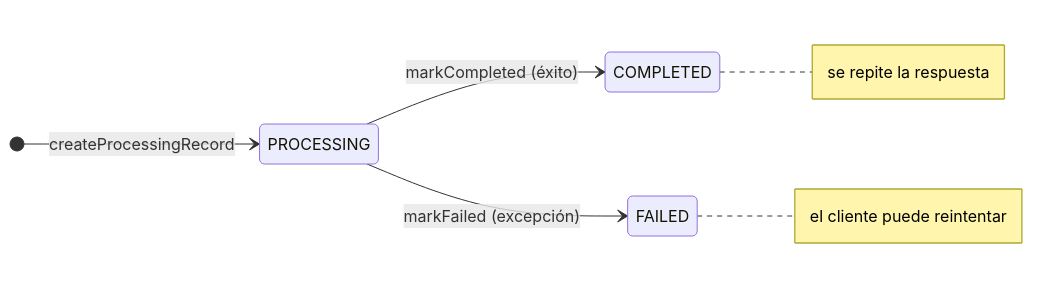
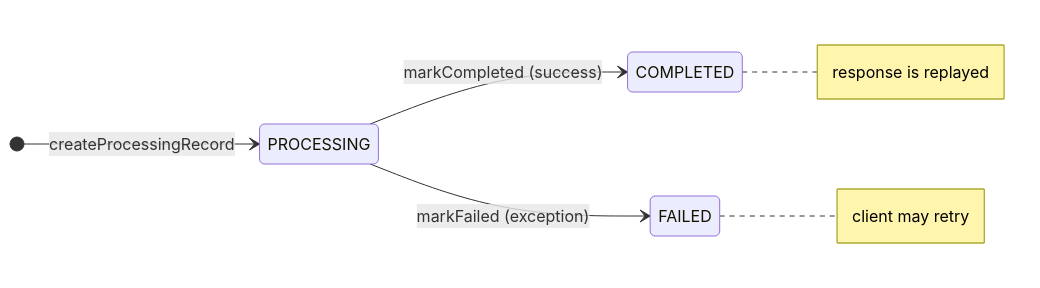
The second of 2 diagrams in README.md (gialnet/idempotency-demo), drawn with Mermaid before and after one commit. The commit also changed other lines of this file and 2 other files, not shown here.

````diff
--- a/README.md
+++ b/README.md
@@ -76,9 +76,9 @@
 ```mermaid
 stateDiagram-v2
     direction LR
     [*] --> PROCESSING: createProcessingRecord
-    PROCESSING --> COMPLETED: markCompleted (éxito)
-    PROCESSING --> FAILED: markFailed (excepción)
-    note right of COMPLETED: se repite la respuesta
-    note right of FAILED: el cliente puede reintentar
+    PROCESSING --> COMPLETED: markCompleted (success)
+    PROCESSING --> FAILED: markFailed (exception)
+    note right of COMPLETED: response is replayed
+    note right of FAILED: client may retry
 ```
````
